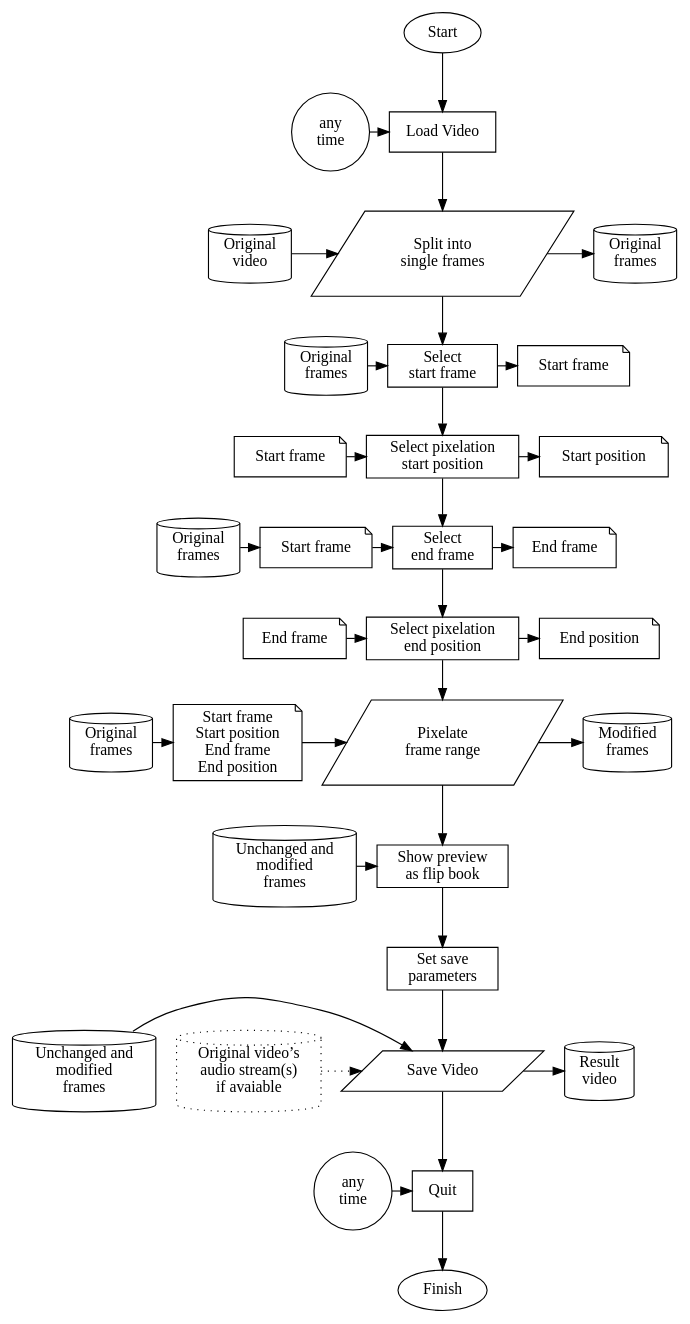
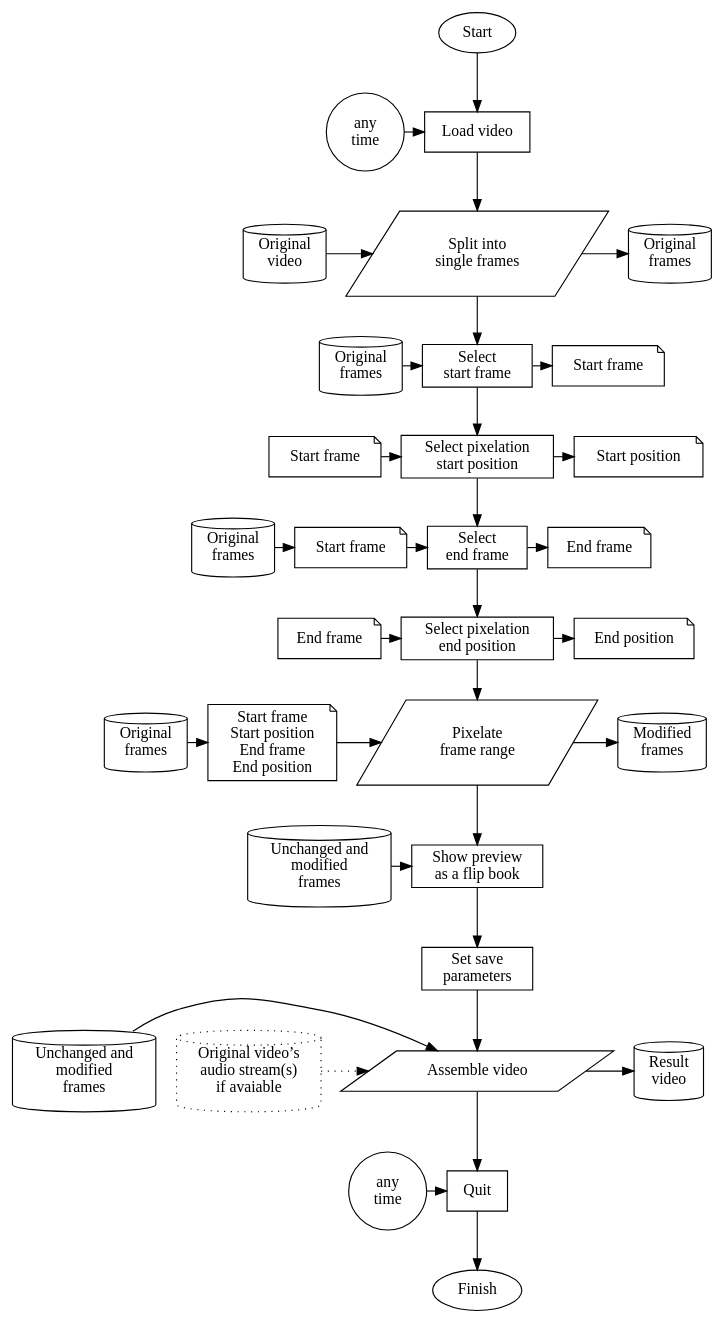
One commit to blackstream-x/pyxelate changed the diagram in docs/development/pixelate-videos-generic.dot. Above: the diagram before and after it, drawn with Graphviz. The commit also changed 1 other file, not shown here.

```diff
--- a/docs/development/pixelate-videos-generic.dot
+++ b/docs/development/pixelate-videos-generic.dot
@@ -1,81 +1,81 @@
 digraph "pixelate-videos generic workflow" {
 
-load_video[label="Load Video", shape=rect]
+load_video[label="Load video", shape=rect]
 split_video[label="Split into\nsingle frames", shape=parallelogram]
 start_frame[label="Select\nstart frame", shape=rect]
 start_position[label="Select pixelation\nstart position", shape=rect]
 end_frame[label="Select\nend frame", shape=rect]
 end_position[label="Select pixelation\nend position", shape=rect]
 apply_pixelation[label="Pixelate\nframe range", shape=parallelogram]
-show_preview[label="Show preview\nas flip book", shape=rect]
+show_preview[label="Show preview\nas a flip book", shape=rect]
 set_save_params[label="Set save\nparameters", shape=rect]
-save_video[label="Save Video", shape=parallelogram]
+save_video[label="Assemble video", shape=parallelogram]
 quit[label="Quit", shape=rect]
 
 in_original_video[label="Original\nvideo", shape=cylinder]
 out_original_frames[label="Original\nframes", shape=cylinder]
 out_start_frame[label="Start frame", shape=note]
 in_start_frame_1[label="Start frame", shape=note]
 in_start_frame_2[label="Start frame", shape=note]
 out_start_position[label="Start position", shape=note]
 out_end_frame[label="End frame", shape=note]
 in_end_frame[label="End frame", shape=note]
 out_end_position[label="End position", shape=note]
 in_frames_and_positions[label="Start frame\nStart position\nEnd frame\nEnd position", shape=note]
 in_original_frames_1[label="Original\nframes", shape=cylinder]
 in_original_frames_2[label="Original\nframes", shape=cylinder]
 in_original_frames_3[label="Original\nframes", shape=cylinder]
 out_modified_frames[label="Modified\nframes", shape=cylinder]
 in_modified_frames_1[label="Unchanged and\nmodified\nframes", shape=cylinder]
 in_modified_frames_2[label="Unchanged and\nmodified\nframes", shape=cylinder]
 in_original_audio_stream[label="Original video’s\naudio stream(s)\nif avaiable", shape=cylinder, style=dotted]
 out_result_video[label="Result\nvideo", shape=cylinder]
 
 anytime_load[label="any\ntime", shape=circle]
 anytime_quit[label="any\ntime", shape=circle]
 /*
 anytime_after_start_position[label="all\nlater\nsteps", shape=circle]
 anytime_after_end_position[label="all\nlater\nsteps", shape=circle]
 */
 
 {rank=same; in_original_video; split_video; out_original_frames}
 {rank=same; start_frame; out_start_frame}
 {rank=same; in_original_frames_1; start_frame; out_start_frame}
 {rank=same; in_start_frame_1; start_position; out_start_position}
 {rank=same; in_original_frames_2; in_start_frame_2; end_frame; out_end_frame}
 {rank=same; in_end_frame; end_position; out_end_position}
 {rank=same; in_original_frames_3; in_frames_and_positions; apply_pixelation; out_modified_frames}
 {rank=same; in_modified_frames_1; show_preview}
 {rank=same; in_original_audio_stream; in_modified_frames_2; save_video; out_result_video}
 
 {rank=same; anytime_load; load_video}
 {rank=same; anytime_quit; quit}
 
 Start -> load_video;
 load_video -> split_video;
 in_original_video -> split_video -> out_original_frames
 split_video -> start_frame;
 in_original_frames_1 -> start_frame -> out_start_frame
 start_frame -> start_position;
 in_start_frame_1 -> start_position -> out_start_position
 start_position -> end_frame;
 in_original_frames_2 -> in_start_frame_2 -> end_frame -> out_end_frame
 end_frame -> end_position;
 in_end_frame -> end_position -> out_end_position
 end_position -> apply_pixelation;
 in_original_frames_3 -> in_frames_and_positions -> apply_pixelation -> out_modified_frames
 apply_pixelation -> show_preview;
 in_modified_frames_1 -> show_preview
 show_preview -> set_save_params;
 set_save_params -> save_video
 in_original_audio_stream -> save_video[style=dotted]
 in_modified_frames_2 -> save_video -> out_result_video
 save_video -> quit
 
 anytime_load -> load_video;
 /* anytime_after_start_position -> start_frame
 anytime_after_end_position -> end_frame */
 anytime_quit -> quit;
 quit -> Finish;
 
 }
```
